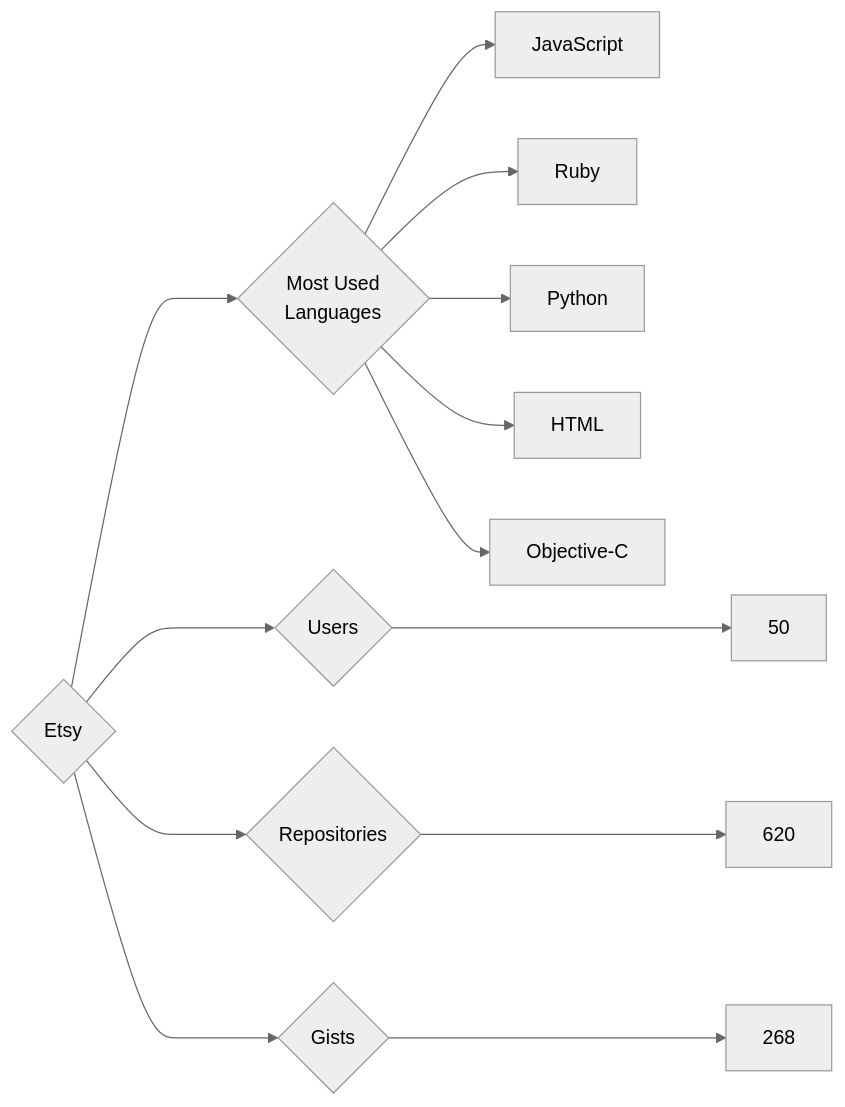
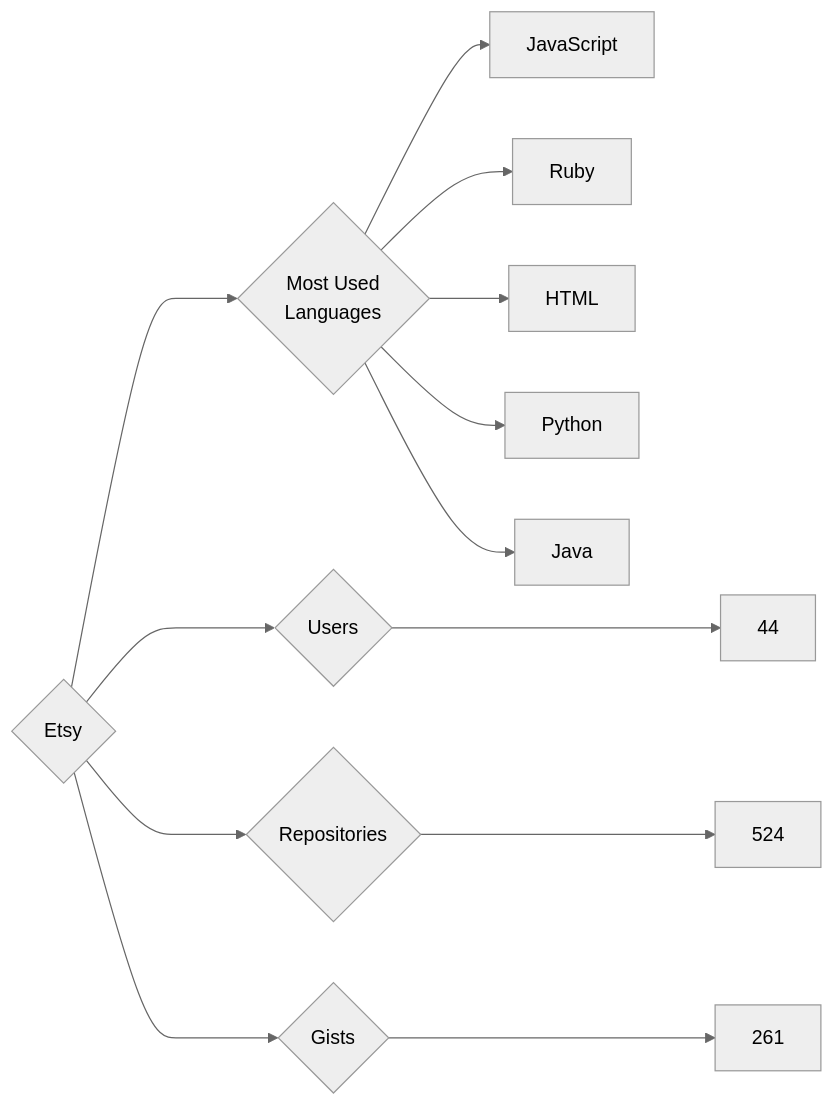
One commit to trickest/insiders changed the diagram in targets/Etsy/README.md. Above: the diagram before and after it, drawn with Mermaid (neutral theme). The commit also changed 809 other files, not shown here.

````diff
--- a/targets/Etsy/README.md
+++ b/targets/Etsy/README.md
@@ -3,13 +3,13 @@
 ```mermaid
 graph LR
 COMPANY_NAME{Etsy}
-COMPANY_NAME ---> U{Users} ---> UN[50]
-COMPANY_NAME ---> R{Repositories} ---> RN[620]
-COMPANY_NAME ---> G{Gists} ---> GN[268]
+COMPANY_NAME ---> U{Users} ---> UN[44]
+COMPANY_NAME ---> R{Repositories} ---> RN[524]
+COMPANY_NAME ---> G{Gists} ---> GN[261]
 COMPANY_NAME ---> ML{Most Used<br>Languages}
 ML --> JavaScript[JavaScript]
 ML --> Ruby[Ruby]
+ML --> HTML[HTML]
 ML --> Python[Python]
-ML --> HTML[HTML]
-ML --> Objective-C[Objective-C]
+ML --> Java[Java]
 ```
````
